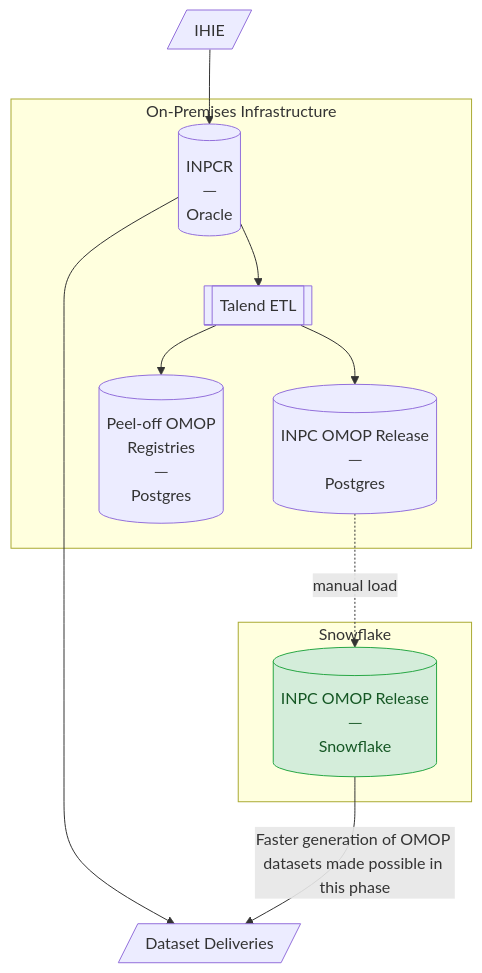
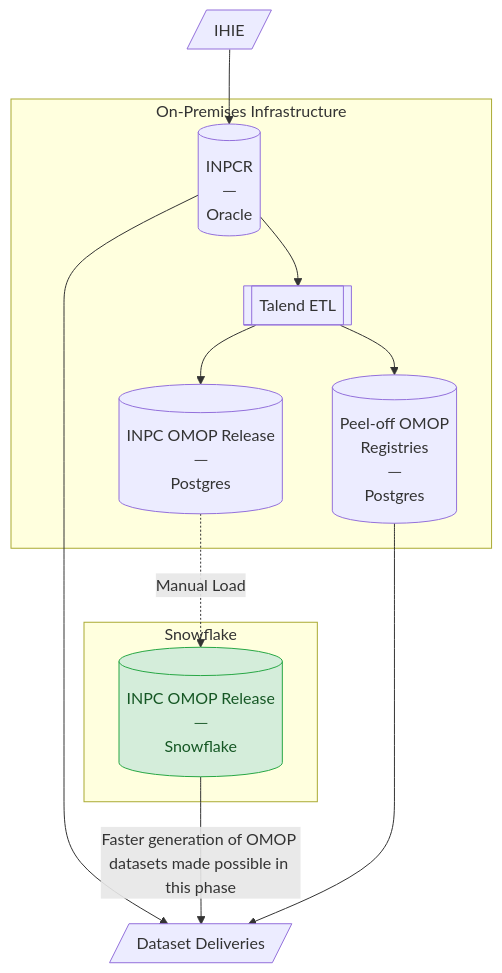
Before and after one commit to am202/documentation: the second of 3 diagrams in README.md, drawn with Mermaid. The commit also changed other lines of this file, not shown here.

````diff
--- a/README.md
+++ b/README.md
@@ -24,27 +25,28 @@
 ```mermaid
   flowchart TD
       ExtData[/"IHIE"/]
       subgraph onprem["On-Premises Infrastructure"]
           INPCR[("INPCR\n─\nOracle")]
           Talend[["Talend ETL"]]
           OMOP_PG[("INPC OMOP Release\n─\nPostgres")]
           Registries[("Peel-off OMOP\nRegistries\n─\nPostgres")]
       end
 
       subgraph snowflake["Snowflake"]
           OMOP_SF[("INPC OMOP Release\n─\nSnowflake")]
       end
 
       Deliveries[/"Dataset Deliveries"/]
 
       ExtData --> INPCR
       INPCR --> Talend
       INPCR --> Deliveries
       Talend --> OMOP_PG
       Talend --> Registries
-      OMOP_PG -.->|"manual load"| OMOP_SF
+      OMOP_PG -.->|"Manual Load"| OMOP_SF
       OMOP_SF -->|"Faster generation of OMOP datasets made possible in this phase"| Deliveries
+      Registries --> Deliveries
 
       classDef newNode fill:#d4edda,stroke:#28a745,color:#155724
       class OMOP_SF newNode
 ```
````
